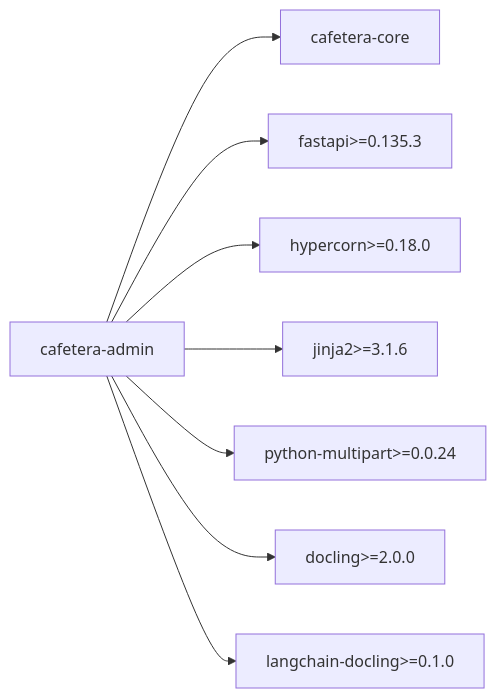
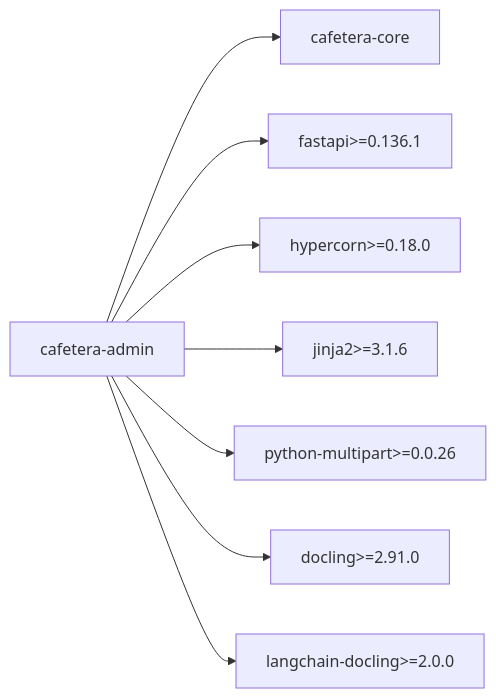
One commit to ognelis/cafetera_hr_bot changed the tenth of 10 diagrams in .qoder/repowiki/en/content/VK Integration/Admin Package Integration.md. Above: the diagram before and after it, drawn with Mermaid. The commit also changed other lines of this file and 20 other files, not shown here.

````diff
--- a/.qoder/repowiki/en/content/VK Integration/Admin Package Integration.md
+++ b/.qoder/repowiki/en/content/VK Integration/Admin Package Integration.md
@@ -331,18 +388,18 @@
 ```mermaid
 graph LR
 ADMIN["cafetera-admin"]
 CORE["cafetera-core"]
-FASTAPI["fastapi>=0.135.3"]
+FASTAPI["fastapi>=0.136.1"]
 HYPERCORN["hypercorn>=0.18.0"]
 JINJA["jinja2>=3.1.6"]
-MULTIPART["python-multipart>=0.0.24"]
-DOCING["docling>=2.0.0"]
-LANGCHAIN_DOCLING["langchain-docling>=0.1.0"]
+MULTIPART["python-multipart>=0.0.26"]
+DOCING["docling>=2.91.0"]
+LANGCHAIN_DOCLING["langchain-docling>=2.0.0"]
 ADMIN --> CORE
 ADMIN --> FASTAPI
 ADMIN --> HYPERCORN
 ADMIN --> JINJA
 ADMIN --> MULTIPART
 ADMIN --> DOCING
 ADMIN --> LANGCHAIN_DOCLING
 ```
````
